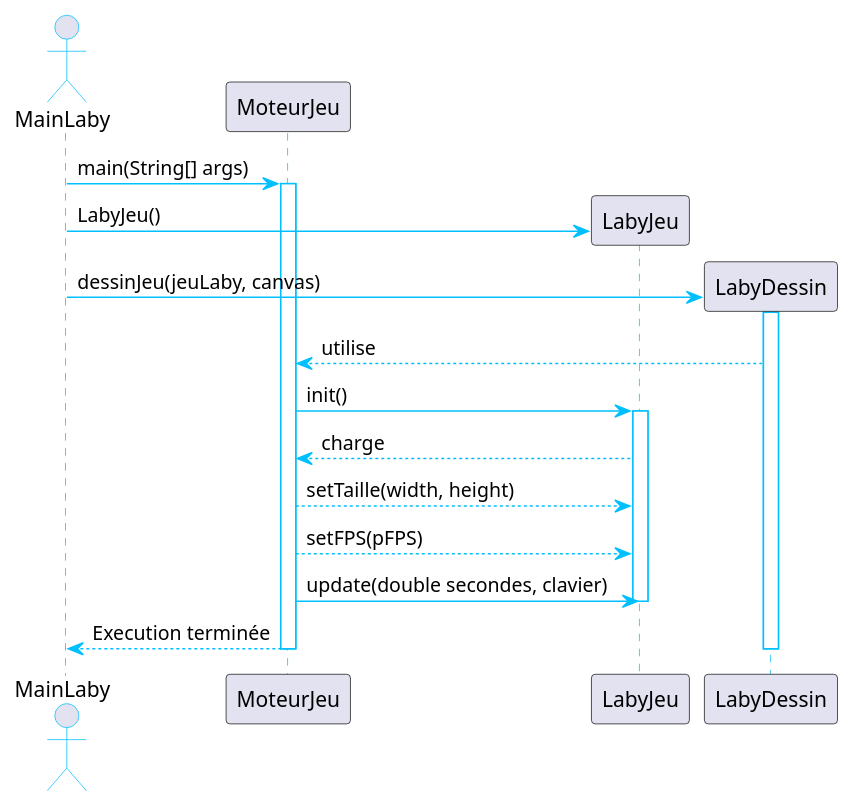
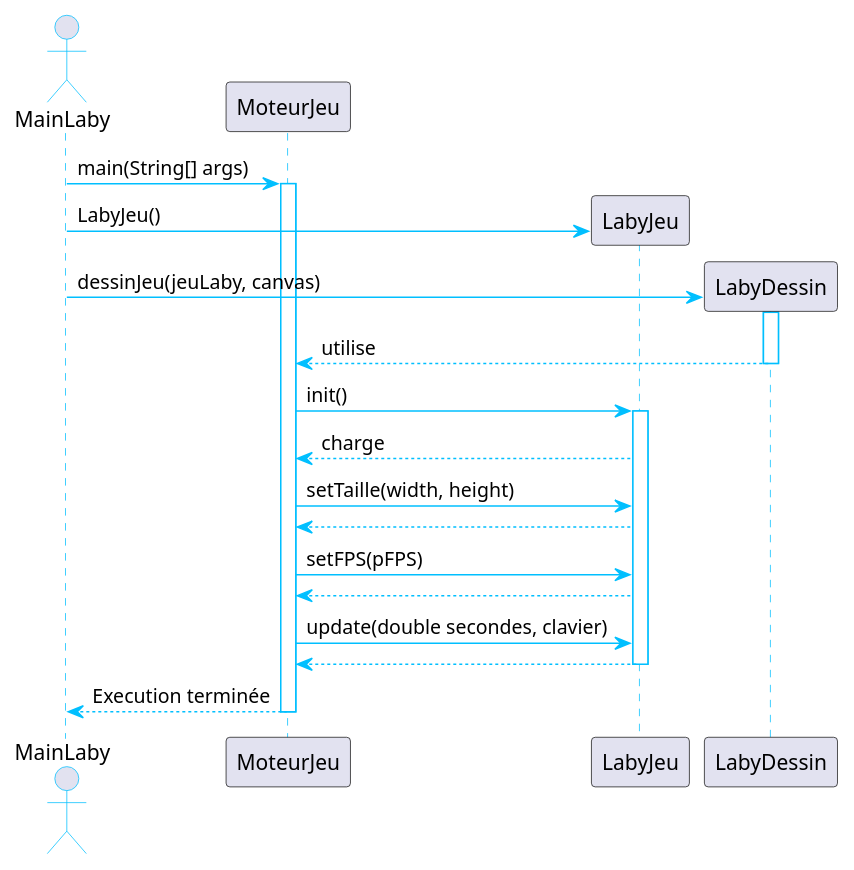
One commit to 1001ms/2023_Zeldiablo_walczak_amaglio_arcelin_berret_brun changed the diagram in documents/version_1/diagSeq_moteur_jeu.puml. Above: the diagram before and after it, drawn with PlantUML. The commit also changed 1 other file, not shown here.

Commit message:
Correction DiagSeq MoteurJeu

```diff
--- a/documents/version_1/diagSeq_moteur_jeu.puml
+++ b/documents/version_1/diagSeq_moteur_jeu.puml
@@ -1,33 +1,36 @@
 @startuml
 'https://plantuml.com/sequence-diagram
 
 ' Activation style
 ' Activation style
 skinparam sequence {
     ArrowColor DeepSkyBlue
     ActorBorderColor DeepSkyBlue
     LifeLineBorderColor DeepSkyBlue
 }
 
 actor MainLaby
 
 MainLaby -> MoteurJeu: main(String[] args)
 activate MoteurJeu
 create LabyJeu
 MainLaby -> LabyJeu : LabyJeu()
 create LabyDessin
 MainLaby -> LabyDessin: dessinJeu(jeuLaby, canvas)
 activate LabyDessin
 LabyDessin --> MoteurJeu: utilise
+deactivate LabyDessin
 MoteurJeu -> LabyJeu: init()
 activate LabyJeu
 LabyJeu --> MoteurJeu: charge
-MoteurJeu --> LabyJeu: setTaille(width, height)
-MoteurJeu --> LabyJeu: setFPS(pFPS)
+MoteurJeu -> LabyJeu: setTaille(width, height)
+MoteurJeu <-- LabyJeu
+MoteurJeu -> LabyJeu: setFPS(pFPS)
+MoteurJeu <-- LabyJeu
 MoteurJeu -> LabyJeu: update(double secondes, clavier)
+MoteurJeu <-- LabyJeu
 deactivate LabyJeu
 MainLaby <-- MoteurJeu: Execution terminée
-deactivate LabyDessin
 deactivate MoteurJeu
 
 @enduml
```
